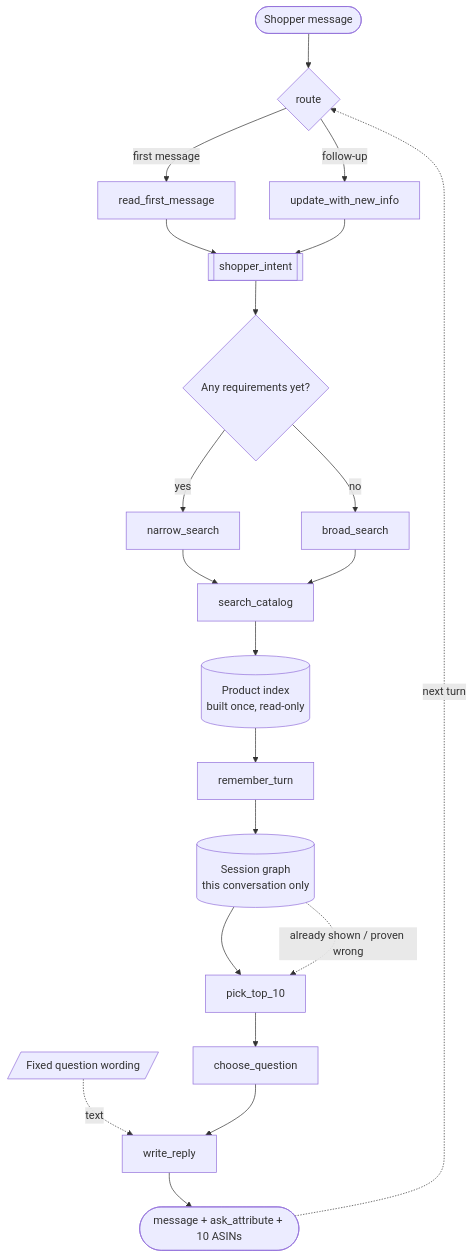
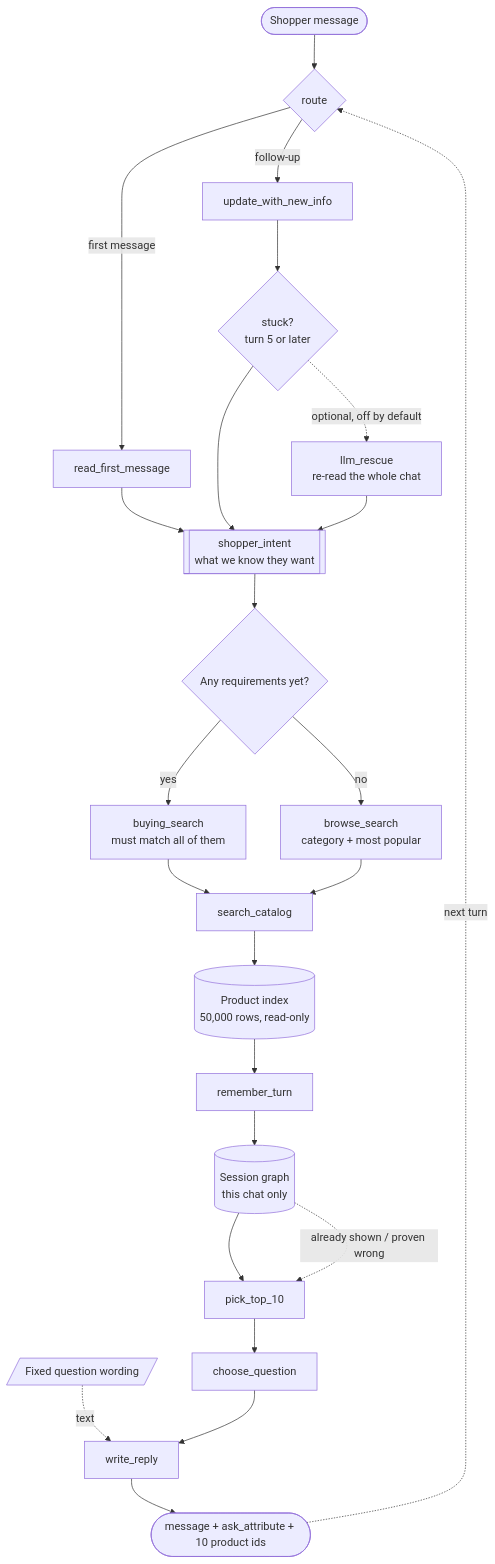
The diagram in README.md (DanielNg0729/L-GPT), drawn with Mermaid before and after one commit. The commit also changed other lines of this file and 11 other files, not shown here.

First line of the commit message:
docs: one document per component, and buying/browse node names

````diff
--- a/README.md
+++ b/README.md
@@ -49,28 +53,32 @@
 ```mermaid
 flowchart TD
     UI([Shopper message]) --> ROUTE{route}
-    FP[/Fixed question wording/] -. text .-> WRITE
 
     ROUTE -->|first message| READ[read_first_message]
     ROUTE -->|follow-up| UPDATE[update_with_new_info]
 
-    READ --> INTENT[["shopper_intent"]]
-    UPDATE --> INTENT
+    UPDATE --> STALL{stuck?<br/>turn 5 or later}
+    STALL -.->|optional, off by default| RESCUE[llm_rescue<br/>re-read the whole chat]
+
+    READ --> INTENT[["shopper_intent<br/>what we know they want"]]
+    STALL --> INTENT
+    RESCUE --> INTENT
 
     INTENT --> MODE{Any requirements yet?}
-    MODE -->|yes| NARROW[narrow_search]
-    MODE -->|no| BROAD[broad_search]
+    MODE -->|yes| BUY[buying_search<br/>must match all of them]
+    MODE -->|no| BROWSE[browse_search<br/>category + most popular]
 
-    NARROW --> SEARCH[search_catalog]
-    BROAD --> SEARCH
-    SEARCH --> KG[(Product index<br/>built once, read-only)]
+    BUY --> SEARCH[search_catalog]
+    BROWSE --> SEARCH
+    SEARCH --> KG[(Product index<br/>50,000 rows, read-only)]
     KG --> REMEMBER[remember_turn]
-    REMEMBER --> SG[(Session graph<br/>this conversation only)]
+    REMEMBER --> SG[(Session graph<br/>this chat only)]
     SG --> PICK[pick_top_10]
     PICK --> ASK[choose_question]
+    FP[/Fixed question wording/] -. text .-> WRITE
     ASK --> WRITE[write_reply]
-    WRITE --> RESP([message + ask_attribute + 10 ASINs])
+    WRITE --> RESP([message + ask_attribute + 10 product ids])
 
     SG -. already shown / proven wrong .-> PICK
     RESP -.->|next turn| ROUTE
 ```
````
